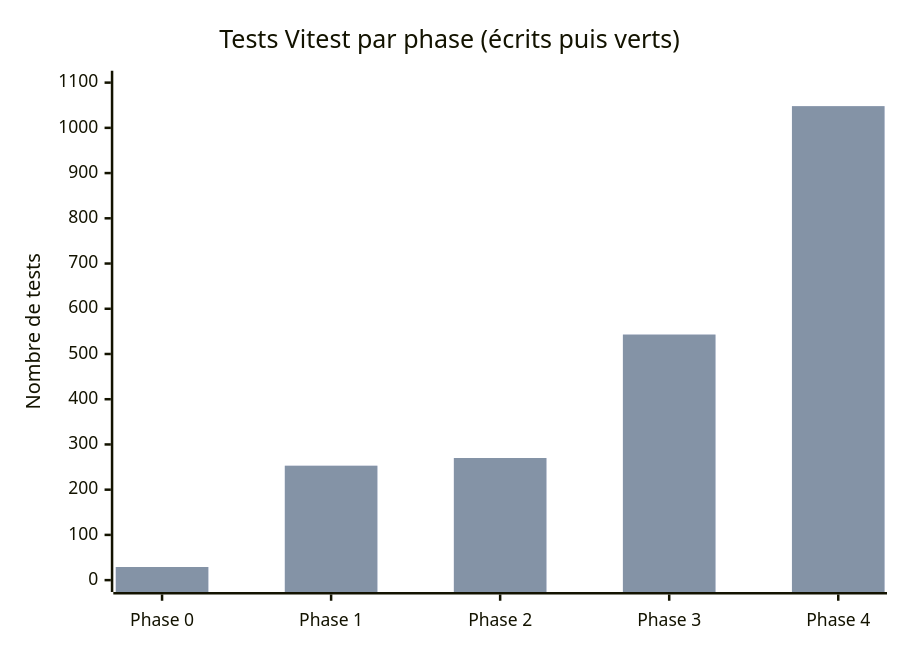
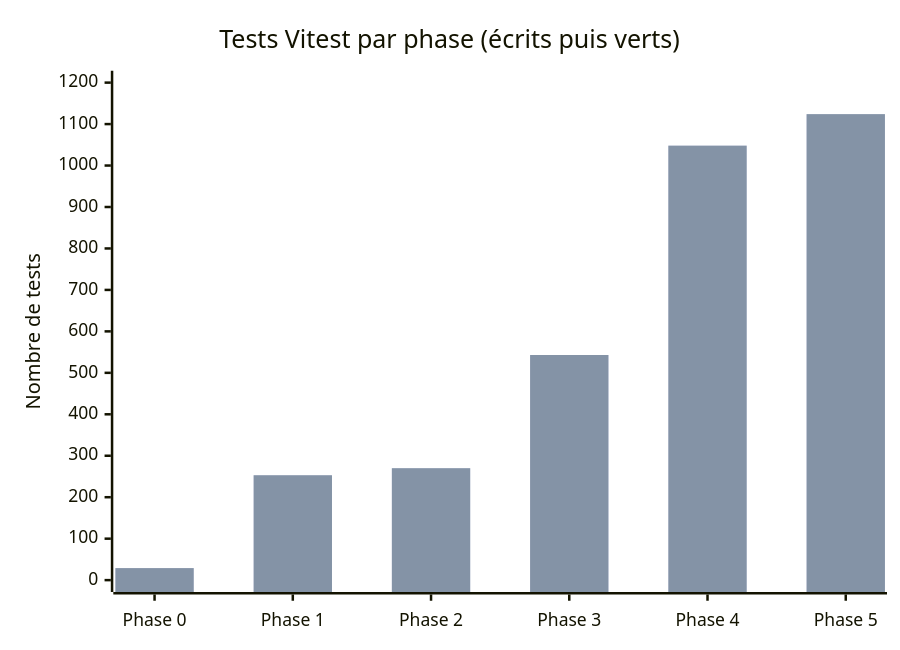
One commit to lyon32/lyonpanel changed the fifth of 5 diagrams in docs/reports/TABLEAU-DE-BORD.md. Above: the diagram before and after it, drawn with Mermaid. The commit also changed other lines of this file and 40 other files, not shown here.

````diff
--- a/docs/reports/TABLEAU-DE-BORD.md
+++ b/docs/reports/TABLEAU-DE-BORD.md
@@ -128,8 +124,8 @@
 ```mermaid
 xychart-beta
   title "Tests Vitest par phase (écrits puis verts)"
-  x-axis ["Phase 0", "Phase 1", "Phase 2", "Phase 3", "Phase 4"]
-  y-axis "Nombre de tests" 0 --> 1100
-  bar [29, 253, 270, 543, 1048]
-  bar [29, 253, 270, 543, 1048]
+  x-axis ["Phase 0", "Phase 1", "Phase 2", "Phase 3", "Phase 4", "Phase 5"]
+  y-axis "Nombre de tests" 0 --> 1200
+  bar [29, 253, 270, 543, 1048, 1124]
+  bar [29, 253, 270, 543, 1048, 1124]
 ```
````
